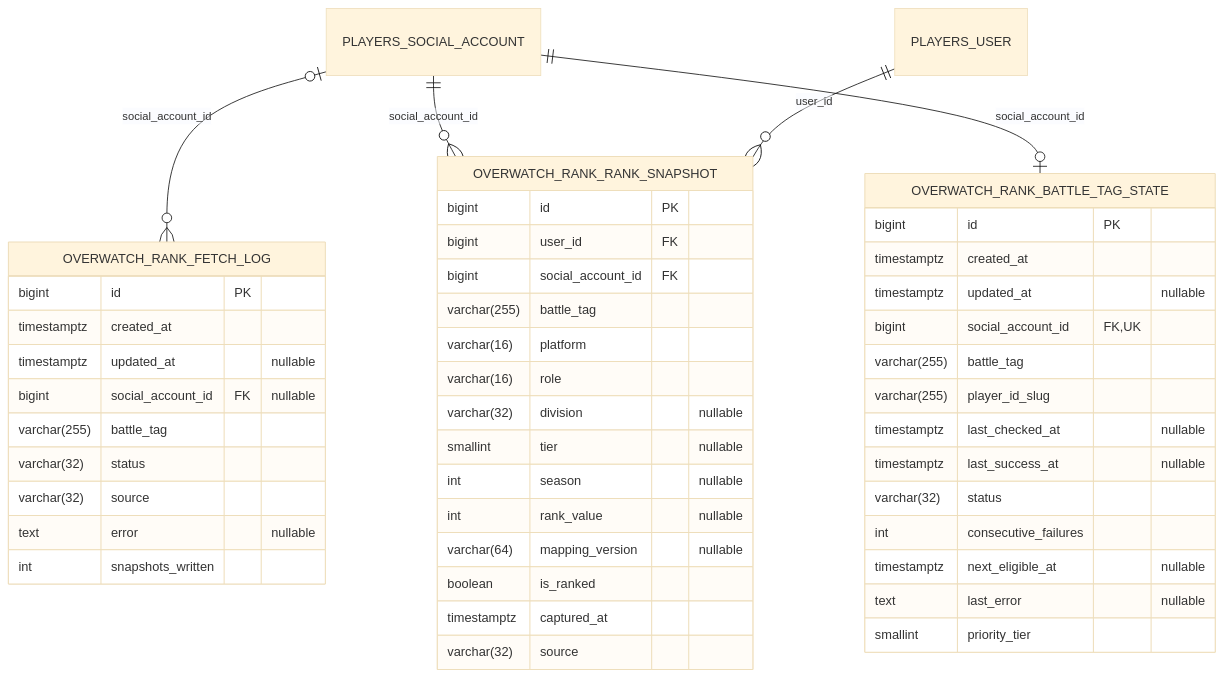
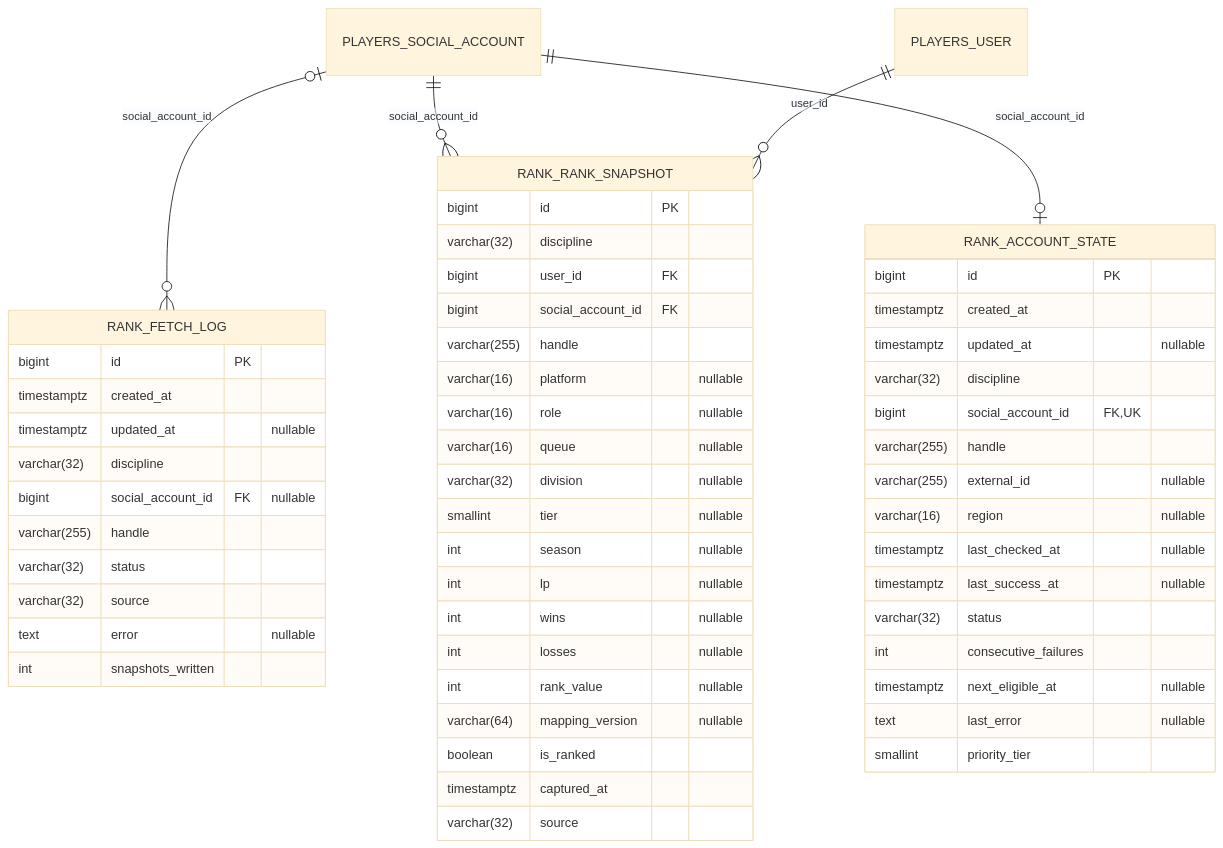
One commit to CraazzzyyFoxx/anak-tournaments changed the eighth of 21 diagrams in docs/database_erd.md. Above: the diagram before and after it, drawn with Mermaid (base theme). The commit also changed other lines of this file and 32 other files, not shown here.

````diff
--- a/docs/database_erd.md
+++ b/docs/database_erd.md
@@ -954,50 +931,58 @@
 ```mermaid
 erDiagram
-    OVERWATCH_RANK_BATTLE_TAG_STATE {
+    RANK_ACCOUNT_STATE {
         bigint id PK
         timestamptz created_at
         timestamptz updated_at "nullable"
+        varchar(32) discipline
         bigint social_account_id FK,UK
-        varchar(255) battle_tag
-        varchar(255) player_id_slug
+        varchar(255) handle
+        varchar(255) external_id "nullable"
+        varchar(16) region "nullable"
         timestamptz last_checked_at "nullable"
         timestamptz last_success_at "nullable"
         varchar(32) status
         int consecutive_failures
         timestamptz next_eligible_at "nullable"
         text last_error "nullable"
         smallint priority_tier
     }
-    OVERWATCH_RANK_FETCH_LOG {
+    RANK_FETCH_LOG {
         bigint id PK
         timestamptz created_at
         timestamptz updated_at "nullable"
+        varchar(32) discipline
         bigint social_account_id FK "nullable"
-        varchar(255) battle_tag
+        varchar(255) handle
         varchar(32) status
         varchar(32) source
         text error "nullable"
         int snapshots_written
     }
-    OVERWATCH_RANK_RANK_SNAPSHOT {
+    RANK_RANK_SNAPSHOT {
         bigint id PK
+        varchar(32) discipline
         bigint user_id FK
         bigint social_account_id FK
-        varchar(255) battle_tag
-        varchar(16) platform
-        varchar(16) role
+        varchar(255) handle
+        varchar(16) platform "nullable"
+        varchar(16) role "nullable"
+        varchar(16) queue "nullable"
         varchar(32) division "nullable"
         smallint tier "nullable"
         int season "nullable"
+        int lp "nullable"
+        int wins "nullable"
+        int losses "nullable"
         int rank_value "nullable"
         varchar(64) mapping_version "nullable"
         boolean is_ranked
         timestamptz captured_at
         varchar(32) source
     }
 
-    PLAYERS_SOCIAL_ACCOUNT |o--o{ OVERWATCH_RANK_FETCH_LOG : "social_account_id"
-    PLAYERS_SOCIAL_ACCOUNT ||--o{ OVERWATCH_RANK_RANK_SNAPSHOT : "social_account_id"
-    PLAYERS_SOCIAL_ACCOUNT ||--o| OVERWATCH_RANK_BATTLE_TAG_STATE : "social_account_id"
-    PLAYERS_USER ||--o{ OVERWATCH_RANK_RANK_SNAPSHOT : "user_id"
+    PLAYERS_SOCIAL_ACCOUNT |o--o{ RANK_FETCH_LOG : "social_account_id"
+    PLAYERS_SOCIAL_ACCOUNT ||--o{ RANK_RANK_SNAPSHOT : "social_account_id"
+    PLAYERS_SOCIAL_ACCOUNT ||--o| RANK_ACCOUNT_STATE : "social_account_id"
+    PLAYERS_USER ||--o{ RANK_RANK_SNAPSHOT : "user_id"
 ```
````
